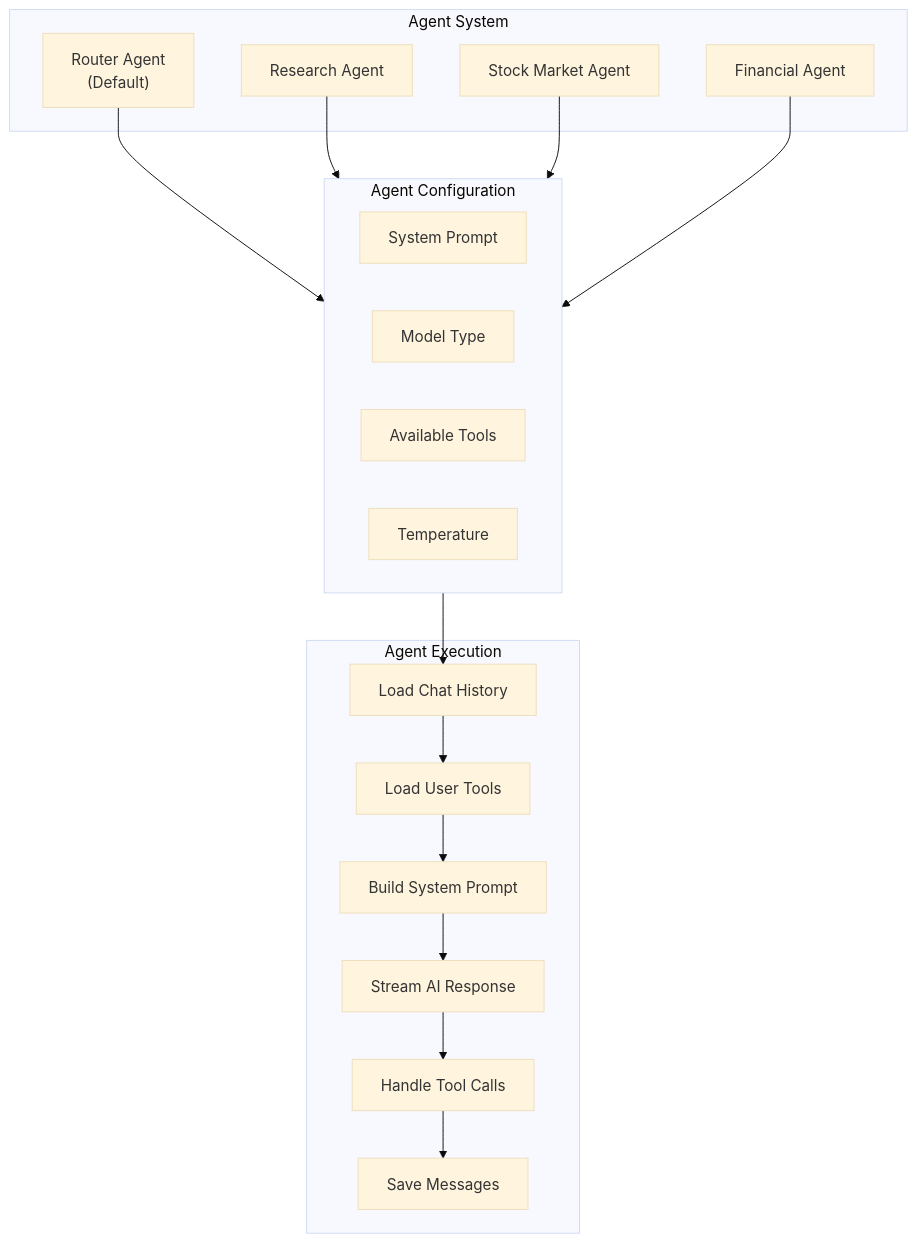
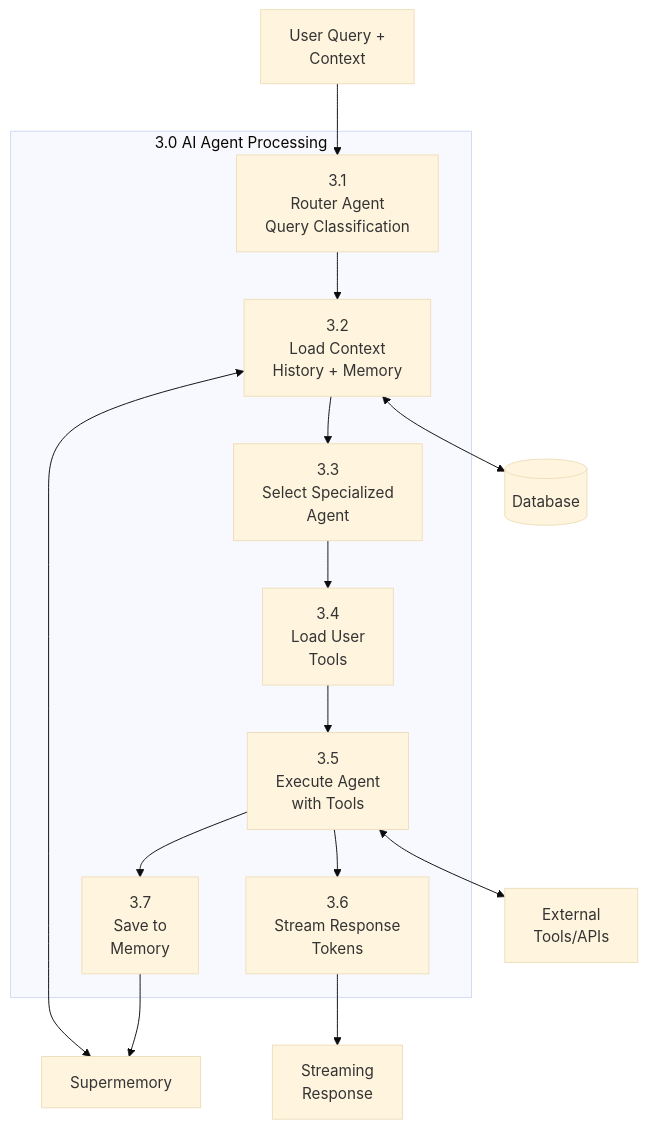
One commit to himanshuraimau/Kuma changed the sixth of 8 diagrams in docss/arch.docs.md. Above: the diagram before and after it, drawn with Mermaid (base theme). The commit also changed other lines of this file and 9 other files, not shown here.

````diff
--- a/docss/arch.docs.md
+++ b/docss/arch.docs.md
@@ -365,37 +220,32 @@
 ```mermaid
 flowchart TB
-    subgraph Agents["Agent System"]
-        Router["Router Agent<br/>(Default)"]
-        Research["Research Agent"]
-        StockMarket["Stock Market Agent"]
-        Financial["Financial Agent"]
+    Input[User Query +<br/>Context]
+    
+    subgraph AgentProcessing["3.0 AI Agent Processing"]
+        Router[3.1<br/>Router Agent<br/>Query Classification]
+        LoadContext[3.2<br/>Load Context<br/>History + Memory]
+        SelectAgent[3.3<br/>Select Specialized<br/>Agent]
+        LoadTools[3.4<br/>Load User<br/>Tools]
+        Execute[3.5<br/>Execute Agent<br/>with Tools]
+        Stream[3.6<br/>Stream Response<br/>Tokens]
+        SaveMemory[3.7<br/>Save to<br/>Memory]
     end
     
-    subgraph Config["Agent Configuration"]
-        SystemPrompt[System Prompt]
-        ModelType[Model Type]
-        Tools[Available Tools]
-        Temperature[Temperature]
-    end
+    DB[(Database)]
+    Memory[Supermemory]
+    Tools[External<br/>Tools/APIs]
+    Output[Streaming<br/>Response]
     
-    subgraph Execution["Agent Execution"]
-        LoadHistory[Load Chat History]
-        LoadTools[Load User Tools]
-        BuildPrompt[Build System Prompt]
-        StreamAI[Stream AI Response]
-        HandleTools[Handle Tool Calls]
-        SaveMessage[Save Messages]
-    end
-    
-    Router --> Config
-    Research --> Config
-    StockMarket --> Config
-    Financial --> Config
-    
-    Config --> LoadHistory
-    LoadHistory --> LoadTools
-    LoadTools --> BuildPrompt
-    BuildPrompt --> StreamAI
-    StreamAI --> HandleTools
-    HandleTools --> SaveMessage
+    Input --> Router
+    Router --> LoadContext
+    LoadContext <--> DB
+    LoadContext <--> Memory
+    LoadContext --> SelectAgent
+    SelectAgent --> LoadTools
+    LoadTools --> Execute
+    Execute <--> Tools
+    Execute --> Stream
+    Stream --> Output
+    Execute --> SaveMemory
+    SaveMemory --> Memory
 ```
````
